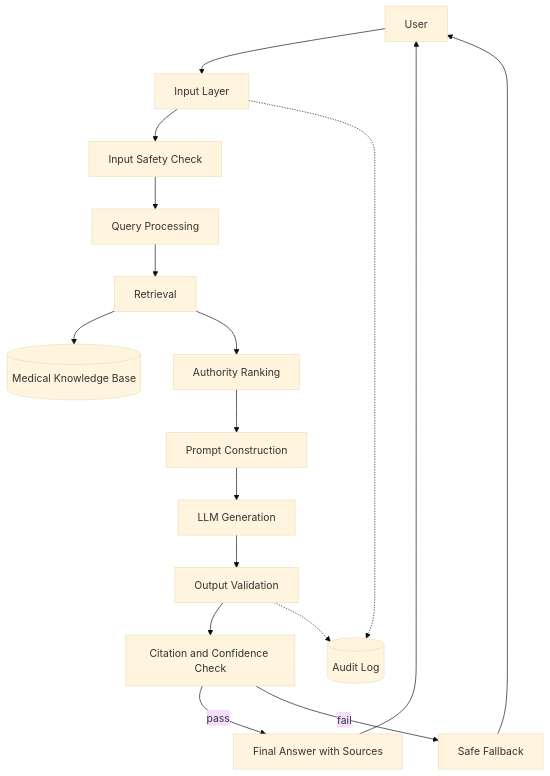
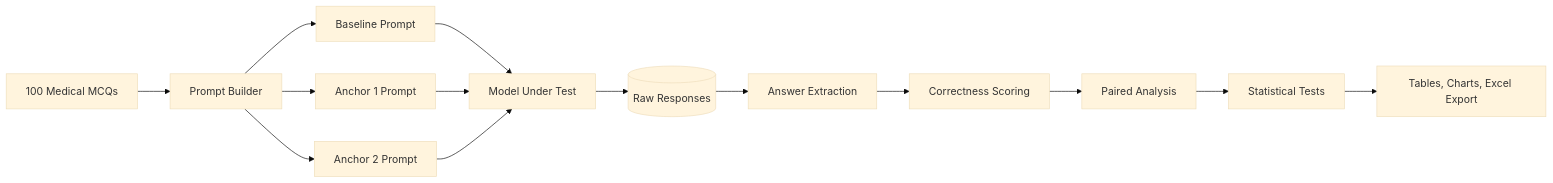
One commit to osamashabih6960/-Medical-LLM-Authority changed the first of 2 diagrams in README.md. Above: the diagram before and after it, drawn with Mermaid (base theme). The commit also changed other lines of this file, not shown here.

````diff
--- a/README.md
+++ b/README.md
@@ -48,19 +62,18 @@
 ```mermaid
-flowchart TD
-    U[User] --> IN[Input Layer]
-    IN --> SG[Input Safety Check]
-    SG --> QP[Query Processing]
-    QP --> RT[Retrieval]
-    RT --> KB[(Medical Knowledge Base)]
-    RT --> AR[Authority Ranking]
-    AR --> PB[Prompt Construction]
-    PB --> LLM[LLM Generation]
-    LLM --> OV[Output Validation]
-    OV --> CC[Citation and Confidence Check]
-    CC -->|pass| RESP[Final Answer with Sources]
-    CC -->|fail| FB[Safe Fallback]
-    RESP --> U
-    FB --> U
-    IN -.-> LOG[(Audit Log)]
-    OV -.-> LOG
+flowchart LR
+    Q[100 Medical MCQs] --> P[Prompt Builder]
+    P --> B[Baseline Prompt]
+    P --> A1[Anchor 1 Prompt]
+    P --> A2[Anchor 2 Prompt]
+
+    B --> M[Model Under Test]
+    A1 --> M
+    A2 --> M
+
+    M --> R[(Raw Responses)]
+    R --> X[Answer Extraction]
+    X --> C[Correctness Scoring]
+    C --> T[Paired Analysis]
+    T --> S[Statistical Tests]
+    S --> O[Tables, Charts, Excel Export]
 ```
````
